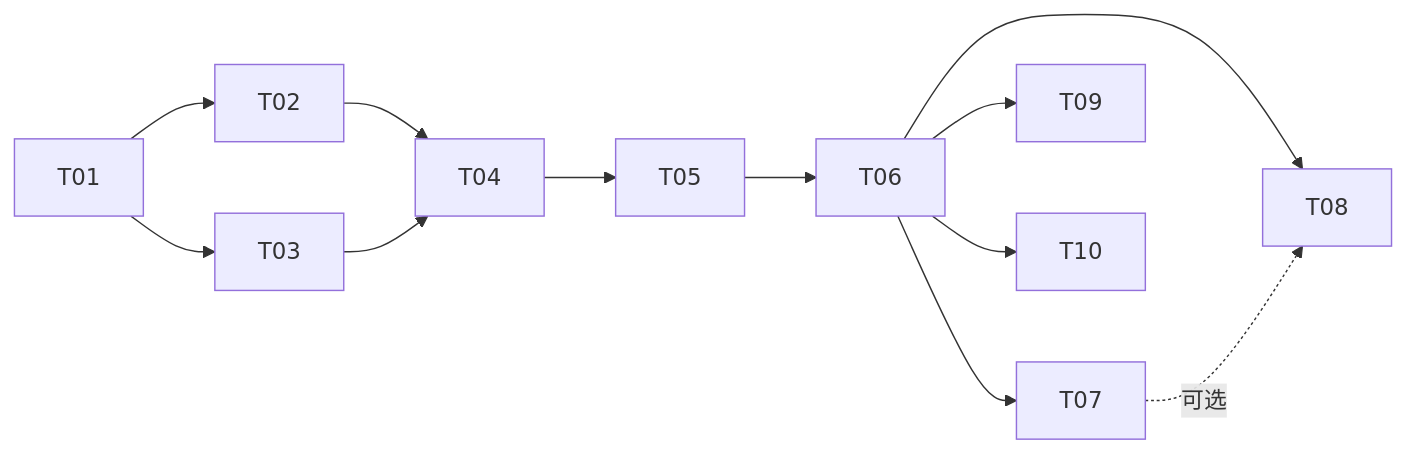
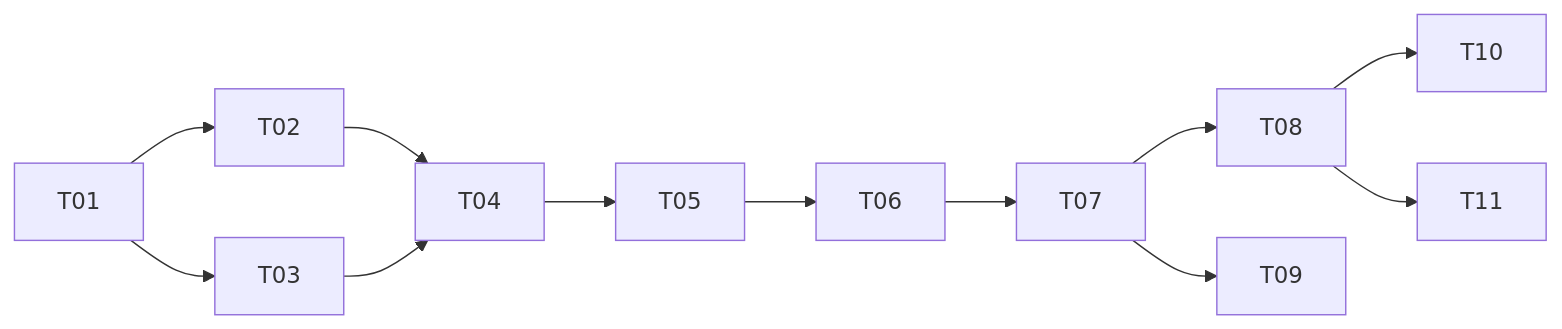
Before and after one commit to likefudan/agent-lab: the diagram in docs/tasks/README.md, drawn with Mermaid. The commit also changed other lines of this file and 18 other files, not shown here.

````diff
--- a/docs/tasks/README.md
+++ b/docs/tasks/README.md
@@ -31,14 +34,14 @@
 ```mermaid
 flowchart LR
     T01 --> T02
     T01 --> T03
     T02 --> T04
     T03 --> T04
     T04 --> T05
     T05 --> T06
     T06 --> T07
-    T06 --> T08
-    T06 --> T09
-    T06 --> T10
-    T07 -.可选.-> T08
+    T07 --> T08
+    T07 --> T09
+    T08 --> T10
+    T08 --> T11
 ```
````
